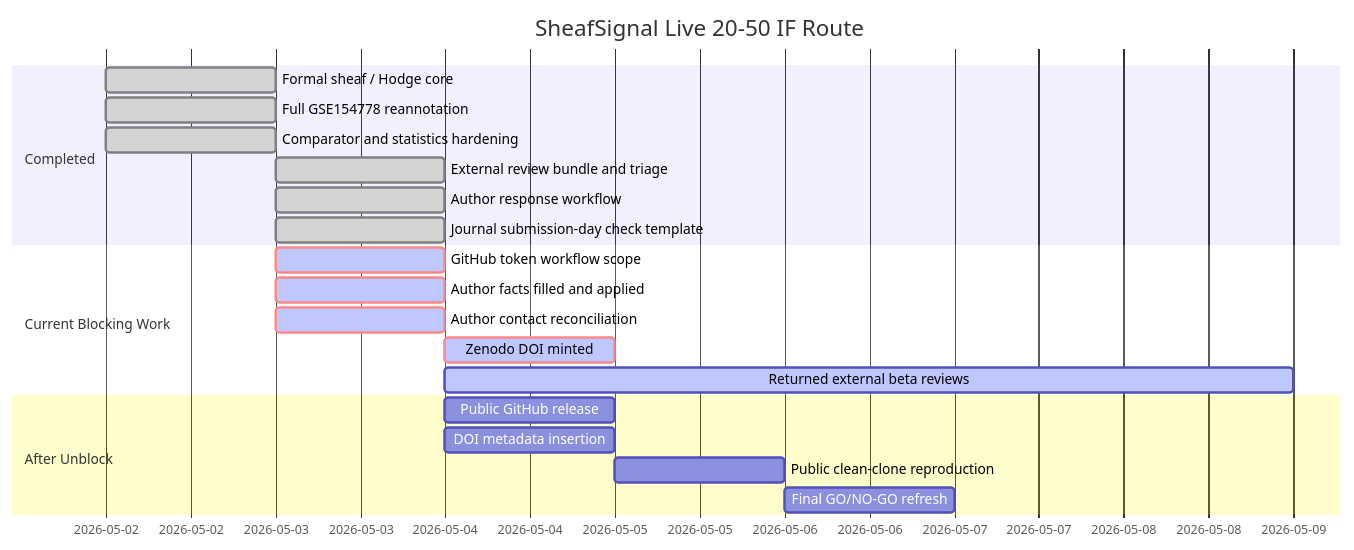
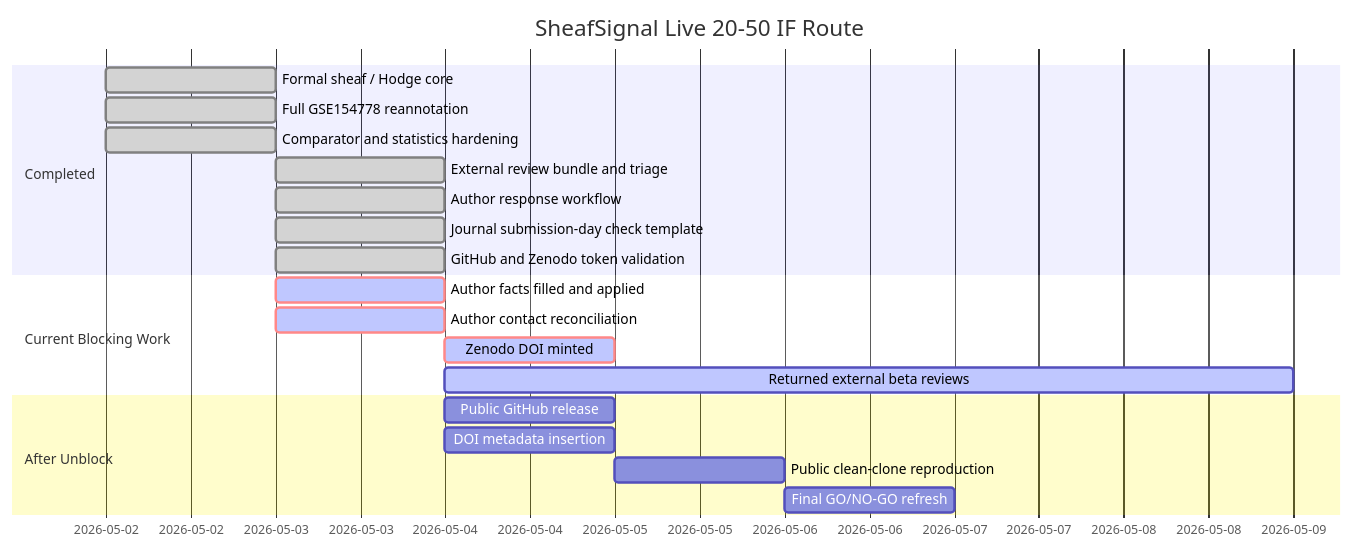
The diagram in manuscript/SHEAFSIGNAL_LIVE_GANTT_STATUS.md (healthgreat/SheafSignal), drawn with Mermaid before and after one commit. The commit also changed other lines of this file and 13 other files, not shown here.

````diff
--- a/manuscript/SHEAFSIGNAL_LIVE_GANTT_STATUS.md
+++ b/manuscript/SHEAFSIGNAL_LIVE_GANTT_STATUS.md
@@ -12,26 +12,26 @@
 ```mermaid
 gantt
     title SheafSignal Live 20-50 IF Route
     dateFormat  YYYY-MM-DD
 
     section Completed
     Formal sheaf / Hodge core                 :done, 2026-05-02, 1d
     Full GSE154778 reannotation               :done, 2026-05-02, 1d
     Comparator and statistics hardening       :done, 2026-05-02, 1d
     External review bundle and triage         :done, 2026-05-03, 1d
     Author response workflow                  :done, 2026-05-03, 1d
     Journal submission-day check template     :done, 2026-05-03, 1d
+    GitHub and Zenodo token validation        :done, 2026-05-03, 1d
 
     section Current Blocking Work
-    GitHub token workflow scope               :crit, active, 2026-05-03, 1d
     Author facts filled and applied           :crit, active, 2026-05-03, 1d
     Author contact reconciliation             :crit, active, 2026-05-03, 1d
     Zenodo DOI minted                         :crit, active, 2026-05-04, 1d
     Returned external beta reviews            :active, 2026-05-04, 5d
 
     section After Unblock
     Public GitHub release                     :2026-05-04, 1d
     DOI metadata insertion                    :2026-05-04, 1d
     Public clean-clone reproduction           :2026-05-05, 1d
     Final GO/NO-GO refresh                    :2026-05-06, 1d
 ```
````
